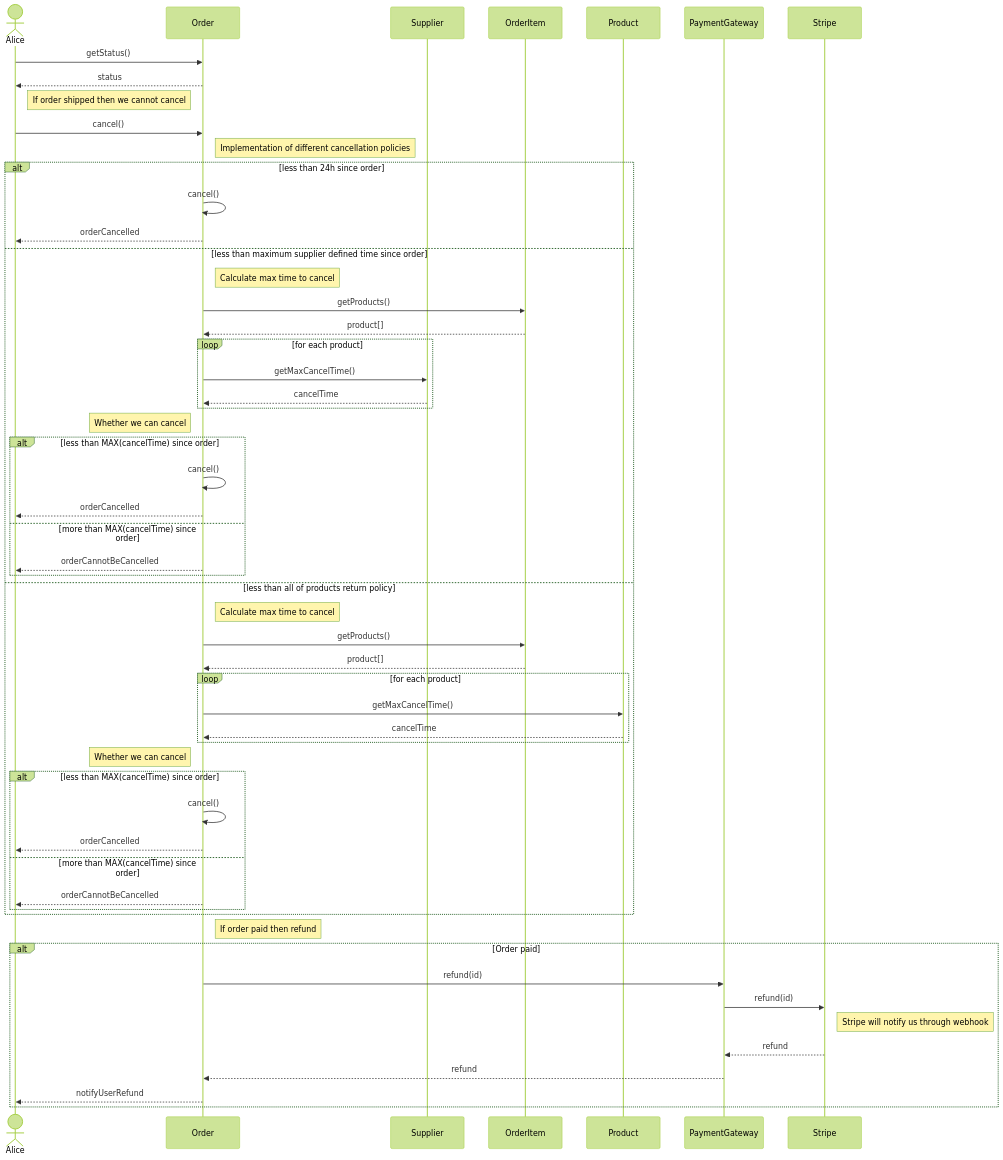
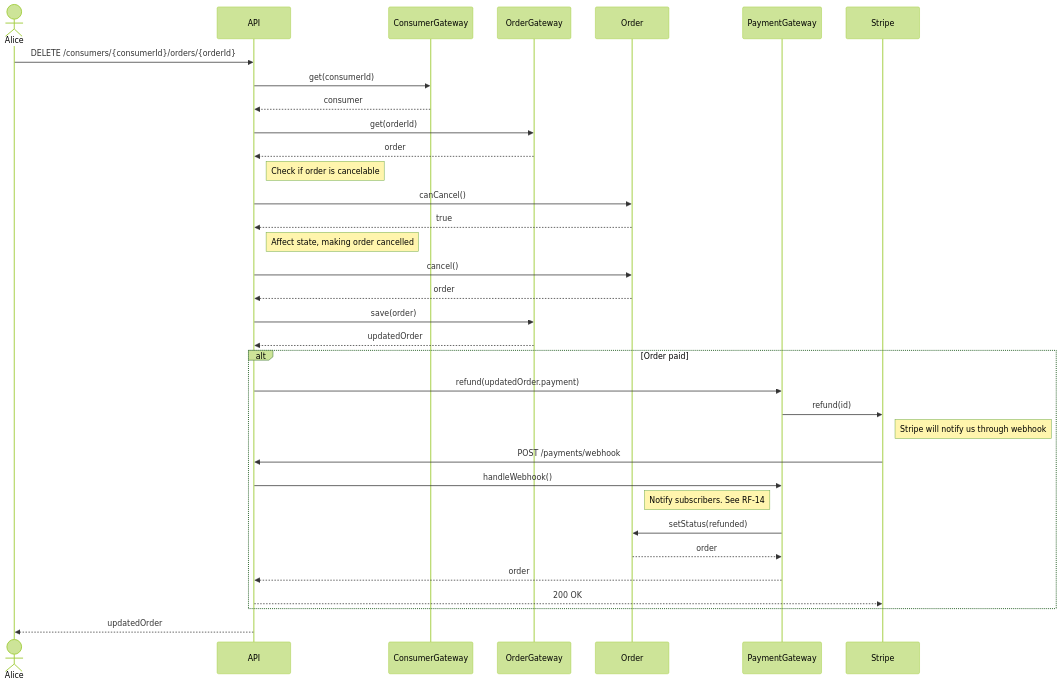
Diagram 16 of 32 in sequence.md (hivetown/planning), drawn with Mermaid (forest theme) before and after one commit. The commit also changed other lines of this file, not shown here.

````diff
--- a/sequence.md
+++ b/sequence.md
@@ -425,65 +500,44 @@
 ```mermaid
 sequenceDiagram
     actor A as Alice
+    participant API
+    participant CG as ConsumerGateway
+    participant OG as OrderGateway
     participant O as Order
-    participant Su as Supplier
-    participant OI as OrderItem
-    participant P as Product
     participant PG as PaymentGateway
     participant S as Stripe
 
-    A ->> O: getStatus()
-    O -->> A: status
-    Note left of O: If order shipped then we cannot cancel
-    A ->> O: cancel()
-    
-    Note right of O: Implementation of different cancellation policies
-    alt less than 24h since order
-        O ->> O: cancel()
-        O -->> A: orderCancelled
-    else less than maximum supplier defined time since order
-        Note right of O: Calculate max time to cancel
-        O ->> OI: getProducts()
-        OI -->> O: product[]
+    A ->> API: DELETE /consumers/{consumerId}/orders/{orderId}
 
-        loop for each product
-            O ->> Su: getMaxCancelTime()
-            Su -->> O: cancelTime
-        end
+    API ->> CG: get(consumerId)
+    CG -->> API: consumer
 
-        Note left of O: Whether we can cancel
-        alt less than MAX(cancelTime) since order
-            O ->> O: cancel()
-            O -->> A: orderCancelled
-        else more than MAX(cancelTime) since order
-            O -->> A: orderCannotBeCancelled
-        end
-    else less than all of products return policy
-        Note right of O: Calculate max time to cancel
-        O ->> OI: getProducts()
-        OI -->> O: product[]
+    API ->> OG: get(orderId)
+    OG -->> API: order
 
-        loop for each product
-            O ->> P: getMaxCancelTime()
-            P -->> O: cancelTime
-        end
+    Note right of API: Check if order is cancelable
+    API ->> O: canCancel()
+    O -->> API: true
 
-        Note left of O: Whether we can cancel
-        alt less than MAX(cancelTime) since order
-            O ->> O: cancel()
-            O -->> A: orderCancelled
-        else more than MAX(cancelTime) since order
-            O -->> A: orderCannotBeCancelled
-        end
-    end
-    
-    Note right of O: If order paid then refund
+    Note right of API: Affect state, making order cancelled
+    API ->> O: cancel()
+    O -->> API: order
+
+    API ->> OG: save(order)
+    OG -->> API: updatedOrder
+
     alt Order paid
-        O ->> PG: refund(id)
+        API ->> PG: refund(updatedOrder.payment)
         PG ->> S: refund(id)
         Note right of S: Stripe will notify us through webhook
-        S -->> PG: refund
-        PG -->> O: refund
-        O -->> A: notifyUserRefund
+        S ->> API: POST /payments/webhook
+        API ->> PG: handleWebhook()
+        Note right of O: Notify subscribers. See RF-14
+        PG ->> O: setStatus(refunded)
+        O -->> PG: order
+        PG -->> API: order
+        API -->> S: 200 OK
     end
+
+    API -->> A: updatedOrder        
 ```
````
